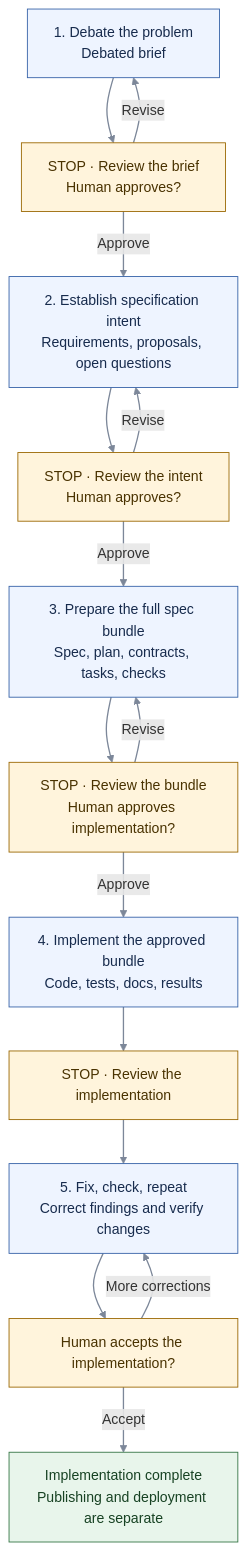
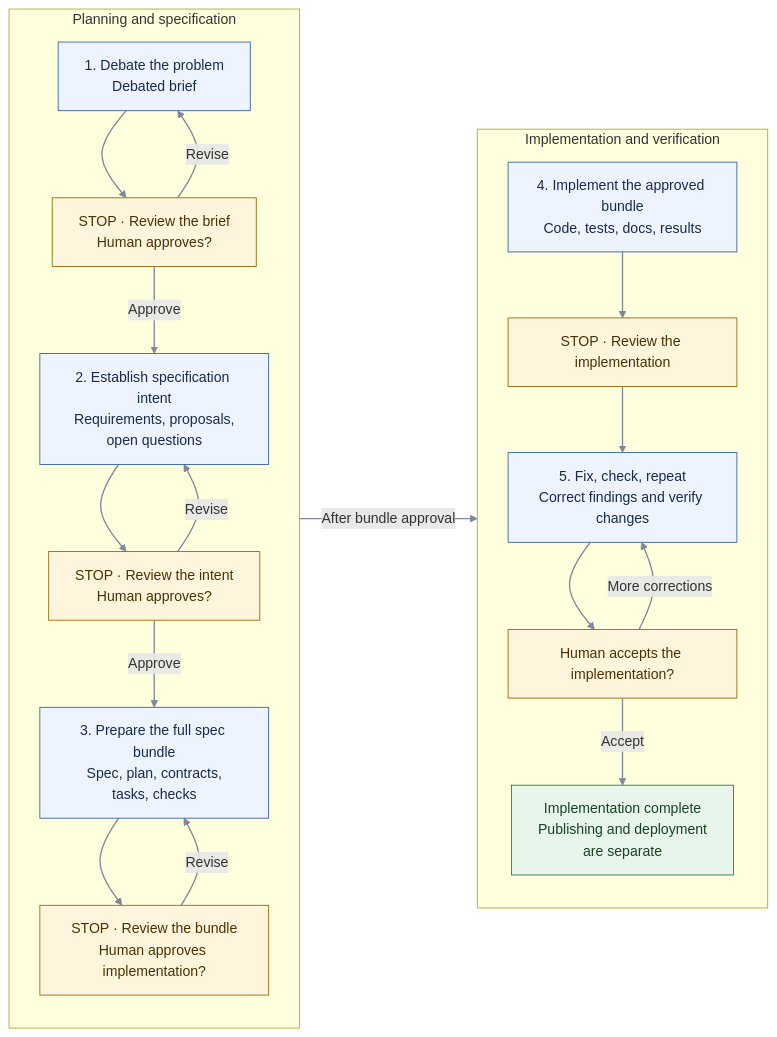
One commit to ActiveMemory/ctx changed the diagram in docs/blog/2026-09-12-beyond-the-dumb-zone.md. Above: the diagram before and after it, drawn with Mermaid. The commit also changed 2 other files, not shown here.

````diff
--- a/docs/blog/2026-09-12-beyond-the-dumb-zone.md
+++ b/docs/blog/2026-09-12-beyond-the-dumb-zone.md
@@ -356,37 +356,46 @@
 ```mermaid
 %%{init: {"themeCSS": ".node.work .nodeLabel p { color: #172b4d !important; } .node.stop .nodeLabel p { color: #493200 !important; } .node.complete .nodeLabel p { color: #174223 !important; } .edgeLabel, .edgeLabel p { color: #172b4d !important; background-color: #eef4ff !important; } .labelBkg { fill: #eef4ff !important; opacity: 1 !important; } marker path { fill: #7c8799 !important; stroke: #7c8799 !important; }"}}%%
-flowchart TD
-    brief["1. Debate the problem<br/>Debated brief"]
-    reviewBrief["STOP · Review the brief<br/>Human approves?"]
-    intent["2. Establish specification intent<br/>Requirements, proposals, open questions"]
-    reviewIntent["STOP · Review the intent<br/>Human approves?"]
-    bundle["3. Prepare the full spec bundle<br/>Spec, plan, contracts, tasks, checks"]
-    reviewBundle["STOP · Review the bundle<br/>Human approves implementation?"]
-    code["4. Implement the approved bundle<br/>Code, tests, docs, results"]
-    reviewCode["STOP · Review the implementation"]
-    repair["5. Fix, check, repeat<br/>Correct findings and verify changes"]
-    accept["Human accepts the implementation?"]
-    done["Implementation complete<br/>Publishing and deployment are separate"]
+flowchart LR
+    subgraph planning["Planning and specification"]
+        direction TB
+        brief["1. Debate the problem<br/>Debated brief"]
+        reviewBrief["STOP · Review the brief<br/>Human approves?"]
+        intent["2. Establish specification intent<br/>Requirements, proposals,<br/>open questions"]
+        reviewIntent["STOP · Review the intent<br/>Human approves?"]
+        bundle["3. Prepare the full spec bundle<br/>Spec, plan, contracts,<br/>tasks, checks"]
+        reviewBundle["STOP · Review the bundle<br/>Human approves implementation?"]
 
-    brief --> reviewBrief
-    reviewBrief -->|Revise| brief
-    reviewBrief -->|Approve| intent
-    intent --> reviewIntent
-    reviewIntent -->|Revise| intent
-    reviewIntent -->|Approve| bundle
-    bundle --> reviewBundle
-    reviewBundle -->|Revise| bundle
-    reviewBundle -->|Approve| code
-    code --> reviewCode --> repair --> accept
-    accept -->|More corrections| repair
-    accept -->|Accept| done
+        brief --> reviewBrief
+        reviewBrief -->|Revise| brief
+        reviewBrief -->|Approve| intent
+        intent --> reviewIntent
+        reviewIntent -->|Revise| intent
+        reviewIntent -->|Approve| bundle
+        bundle --> reviewBundle
+        reviewBundle -->|Revise| bundle
+    end
+
+    subgraph implementation["Implementation and verification"]
+        direction TB
+        code["4. Implement the approved bundle<br/>Code, tests, docs, results"]
+        reviewCode["STOP · Review the implementation"]
+        repair["5. Fix, check, repeat<br/>Correct findings and verify changes"]
+        accept["Human accepts the implementation?"]
+        done["Implementation complete<br/>Publishing and deployment<br/>are separate"]
+
+        code --> reviewCode --> repair --> accept
+        accept -->|More corrections| repair
+        accept -->|Accept| done
+    end
+
+    planning -->|After bundle approval| implementation
 
     linkStyle default stroke:#7c8799,stroke-width:1.5px;
 
     classDef work fill:#eef4ff,stroke:#3561a7,color:#172b4d;
     classDef stop fill:#fff4dc,stroke:#9a6700,color:#493200;
     classDef complete fill:#e8f5eb,stroke:#347544,color:#174223;
     class brief,intent,bundle,code,repair work;
     class reviewBrief,reviewIntent,reviewBundle,reviewCode,accept stop;
     class done complete;
 ```
````
